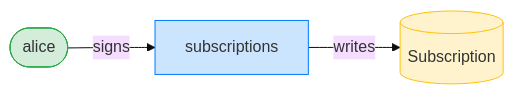
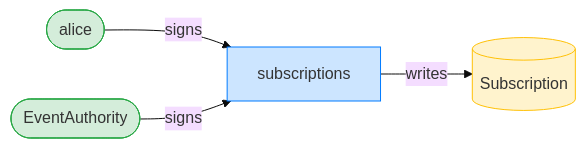
Before and after one commit to cds-rs/subscriptions: diagram 11 of 12 in dsl_tests/cancel-after-plan-expiry-allows-an-immediate-revoke.md, drawn with Mermaid (base theme). The commit also changed other lines of this file and 224 other files, not shown here.

````diff
--- a/dsl_tests/cancel-after-plan-expiry-allows-an-immediate-revoke.md
+++ b/dsl_tests/cancel-after-plan-expiry-allows-an-immediate-revoke.md
@@ -199,11 +208,13 @@
 ```mermaid
 flowchart LR
     classDef signer fill:#d4edda,stroke:#28a745;
     classDef program fill:#cce5ff,stroke:#007bff;
     classDef writable fill:#fff3cd,stroke:#ffc107;
     subscriptions[subscriptions]:::program
     alice([alice]):::signer
     Subscription[(Subscription)]:::writable
+    EventAuthority([EventAuthority]):::signer
     alice -->|signs| subscriptions
+    EventAuthority -->|signs| subscriptions
     subscriptions -->|writes| Subscription
 ```
````
